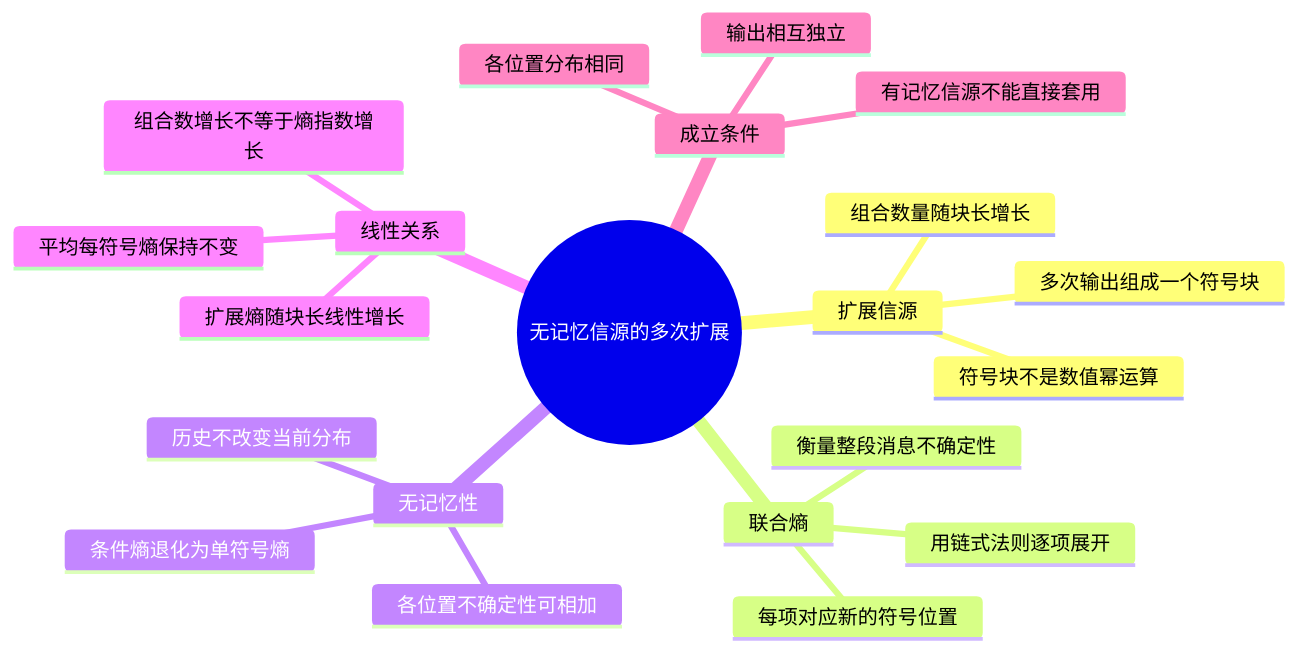
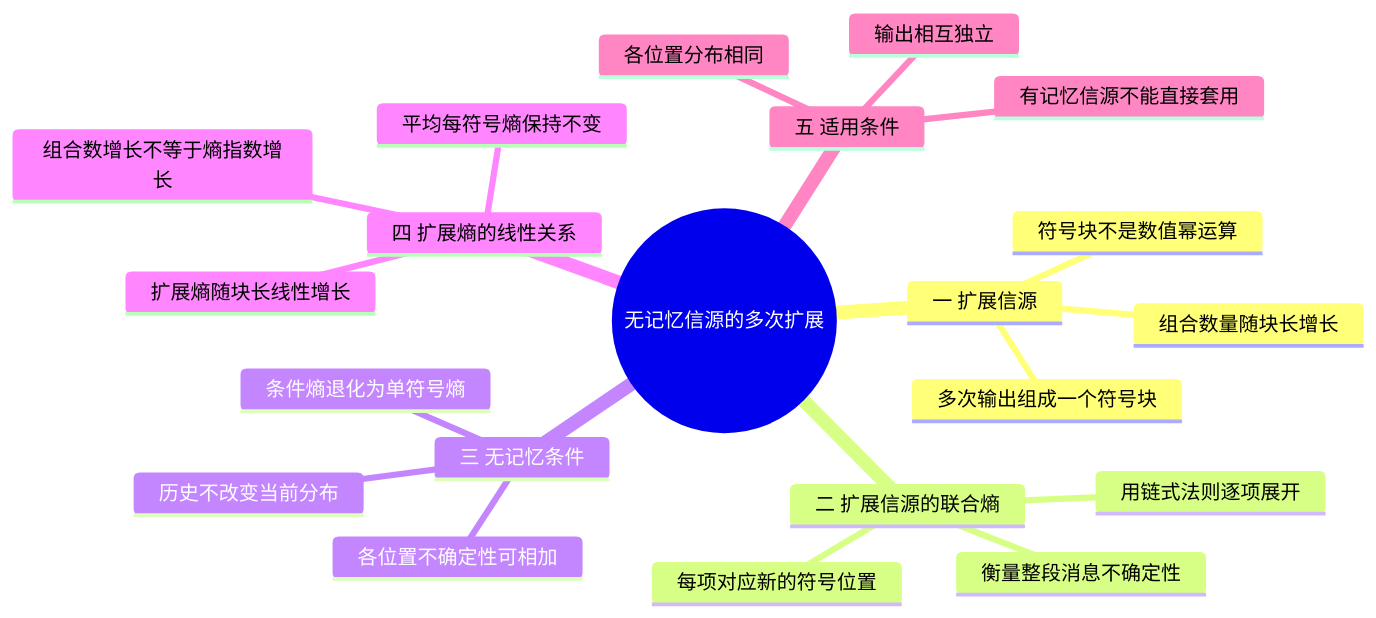
One commit to 3280441136-lab/My_Obsidian_Notes changed the diagram in 学习/学校课程/信息论基础（2学分）/04 第4课 无记忆信源的N次扩展.md. Above: the diagram before and after it, drawn with Mermaid. The commit also changed 6 other files, not shown here.

````diff
--- a/学习/学校课程/信息论基础（2学分）/04 第4课 无记忆信源的N次扩展.md
+++ b/学习/学校课程/信息论基础（2学分）/04 第4课 无记忆信源的N次扩展.md
@@ -5,24 +5,24 @@
 ```mermaid
 mindmap
   root((无记忆信源的多次扩展))
-    扩展信源
+    一 扩展信源
       多次输出组成一个符号块
       符号块不是数值幂运算
       组合数量随块长增长
-    联合熵
+    二 扩展信源的联合熵
       衡量整段消息不确定性
       用链式法则逐项展开
       每项对应新的符号位置
-    无记忆性
+    三 无记忆条件
       历史不改变当前分布
       条件熵退化为单符号熵
       各位置不确定性可相加
-    线性关系
+    四 扩展熵的线性关系
       扩展熵随块长线性增长
       平均每符号熵保持不变
       组合数增长不等于熵指数增长
-    成立条件
+    五 适用条件
       输出相互独立
       各位置分布相同
       有记忆信源不能直接套用
 ```
````
